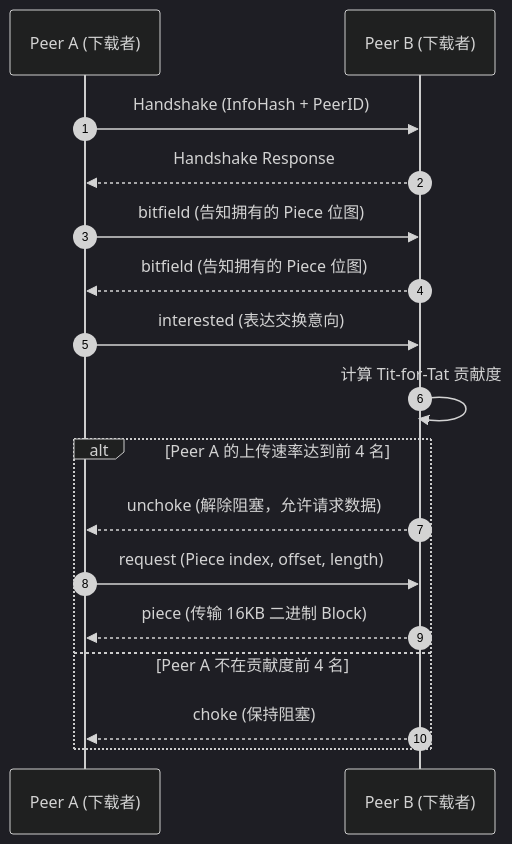
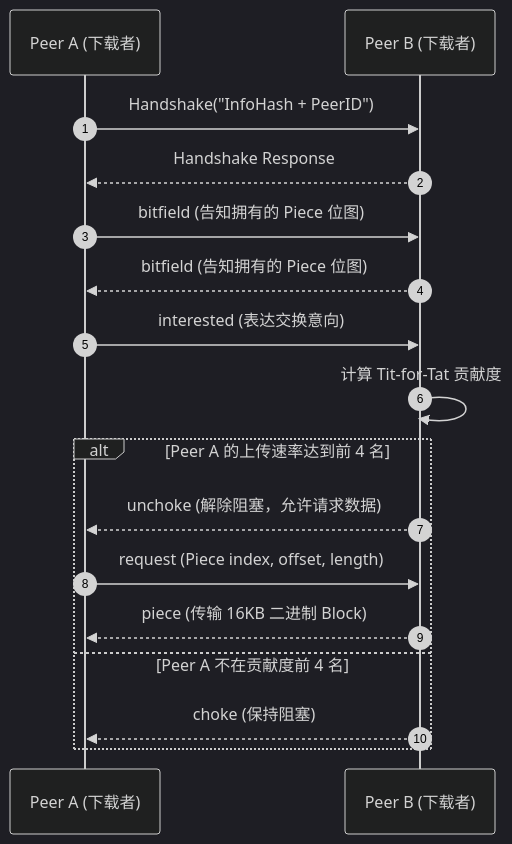
The third of 5 diagrams in docs/atlas/bittorrent.mdx (koosai/AI-Architect-Learning), drawn with Mermaid (dark theme) before and after one commit. The commit also changed other lines of this file and 187 other files, not shown here.

Commit message:
fix(mermaid): fix all unquoted parens and edge label syntax errors across all docs

````diff
--- a/docs/atlas/bittorrent.mdx
+++ b/docs/atlas/bittorrent.mdx
@@ -107,21 +107,21 @@
 ```mermaid
 sequenceDiagram
   autonumber
   participant PeerA as Peer A (下载者)
   participant PeerB as Peer B (下载者)
 
-  PeerA->>PeerB: Handshake (InfoHash + PeerID)
+  PeerA->>PeerB: Handshake("InfoHash + PeerID")
   PeerB-->>PeerA: Handshake Response
   PeerA->>PeerB: bitfield (告知拥有的 Piece 位图)
   PeerB-->>PeerA: bitfield (告知拥有的 Piece 位图)
 
   PeerA->>PeerB: interested (表达交换意向)
   PeerB->>PeerB: 计算 Tit-for-Tat 贡献度
   alt Peer A 的上传速率达到前 4 名
     PeerB-->>PeerA: unchoke (解除阻塞，允许请求数据)
     PeerA->>PeerB: request (Piece index, offset, length)
     PeerB-->>PeerA: piece (传输 16KB 二进制 Block)
   else Peer A 不在贡献度前 4 名
     PeerB-->>PeerA: choke (保持阻塞)
   end
 ```
````
